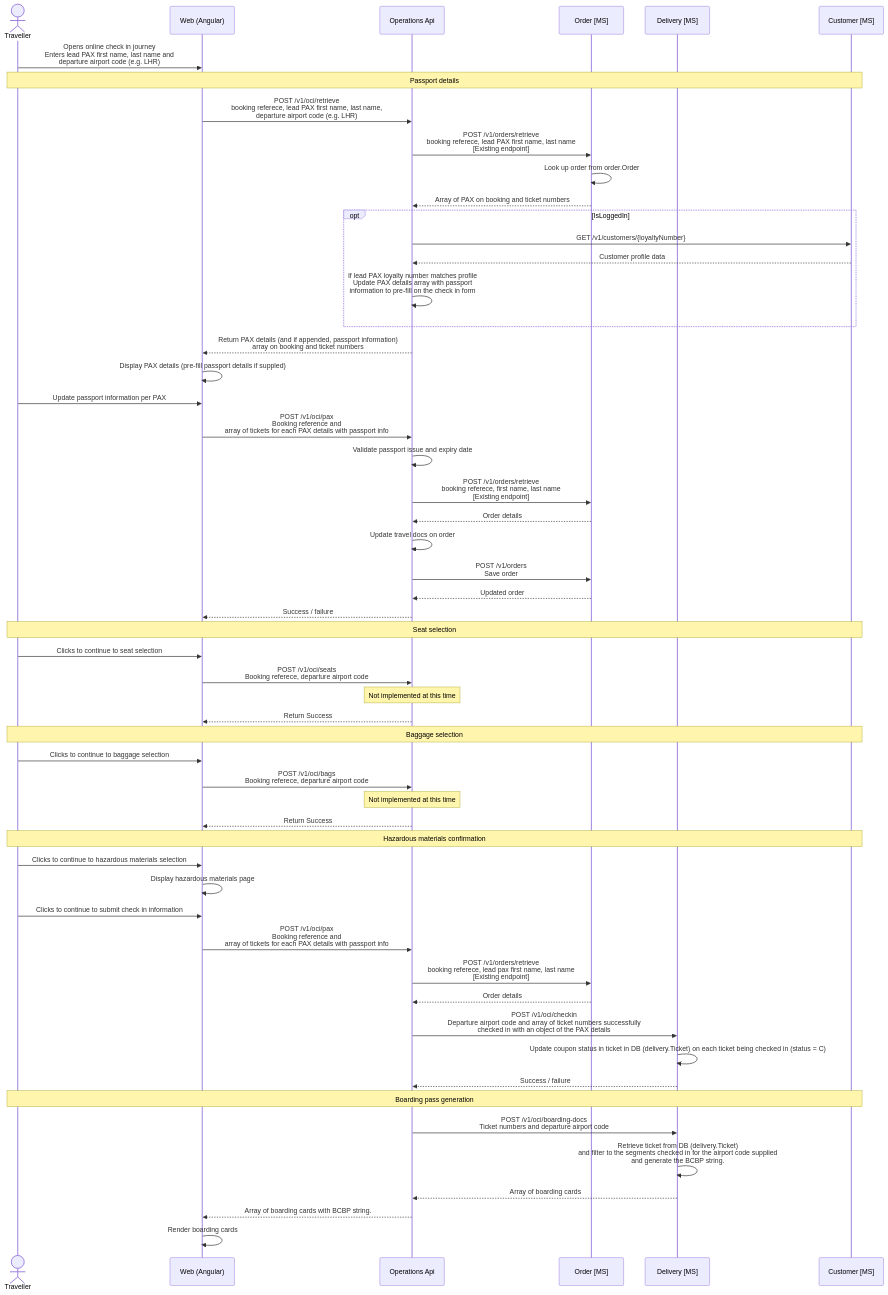
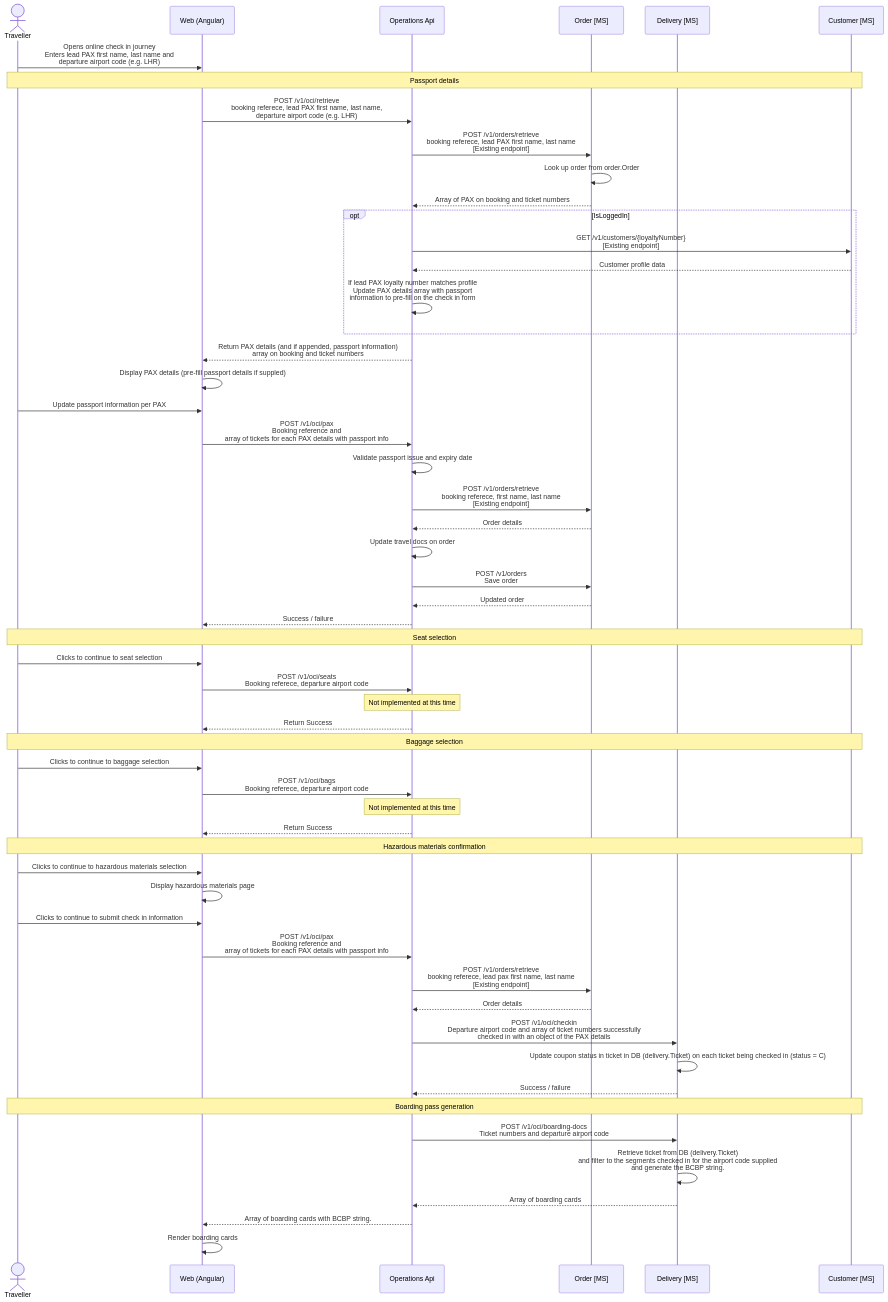
One commit to sebharvey/airline-reservation-system changed the diagram in documentation/design/check-in.md. Above: the diagram before and after it, drawn with Mermaid.

Commit message:
Note GET /v1/customers/{loyaltyNumber} as existing endpoint on sequence diagram
https://claude.ai/code/session_018g1R4gU4NowAkT1m4FgGDJ

```diff
--- a/documentation/design/check-in.md
+++ b/documentation/design/check-in.md
@@ -27,7 +27,7 @@
     
     opt IsLoggedIn
 
-        OperationsApi ->> CustomerMS: GET /v1/customers/{loyaltyNumber}
+        OperationsApi ->> CustomerMS: GET /v1/customers/{loyaltyNumber} <br /> [Existing endpoint]
         CustomerMS -->> OperationsApi: Customer profile data
 
         OperationsApi ->> OperationsApi: If lead PAX loyalty number matches profile <br /> Update PAX details array with passport <br /> information to pre-fill on the check in form
```
